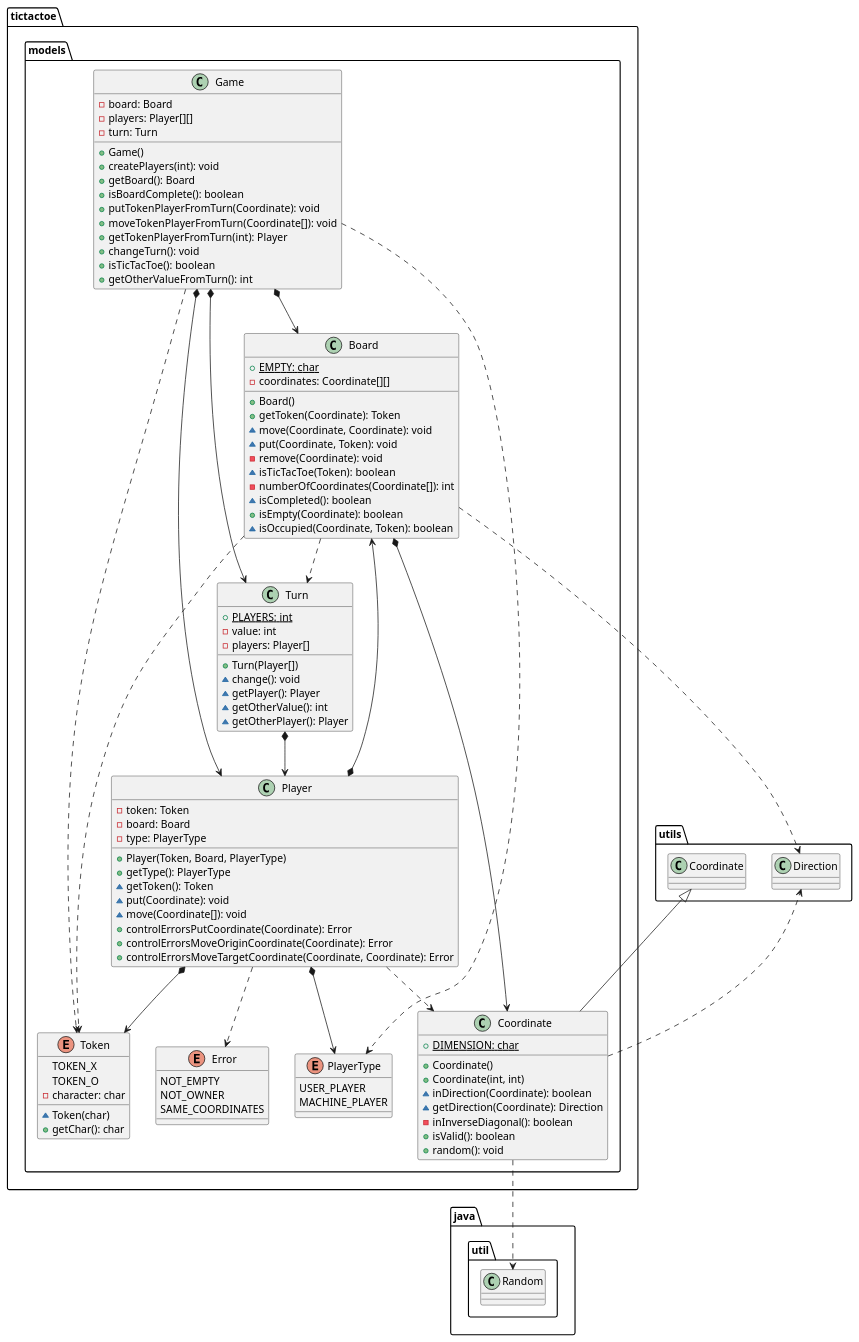
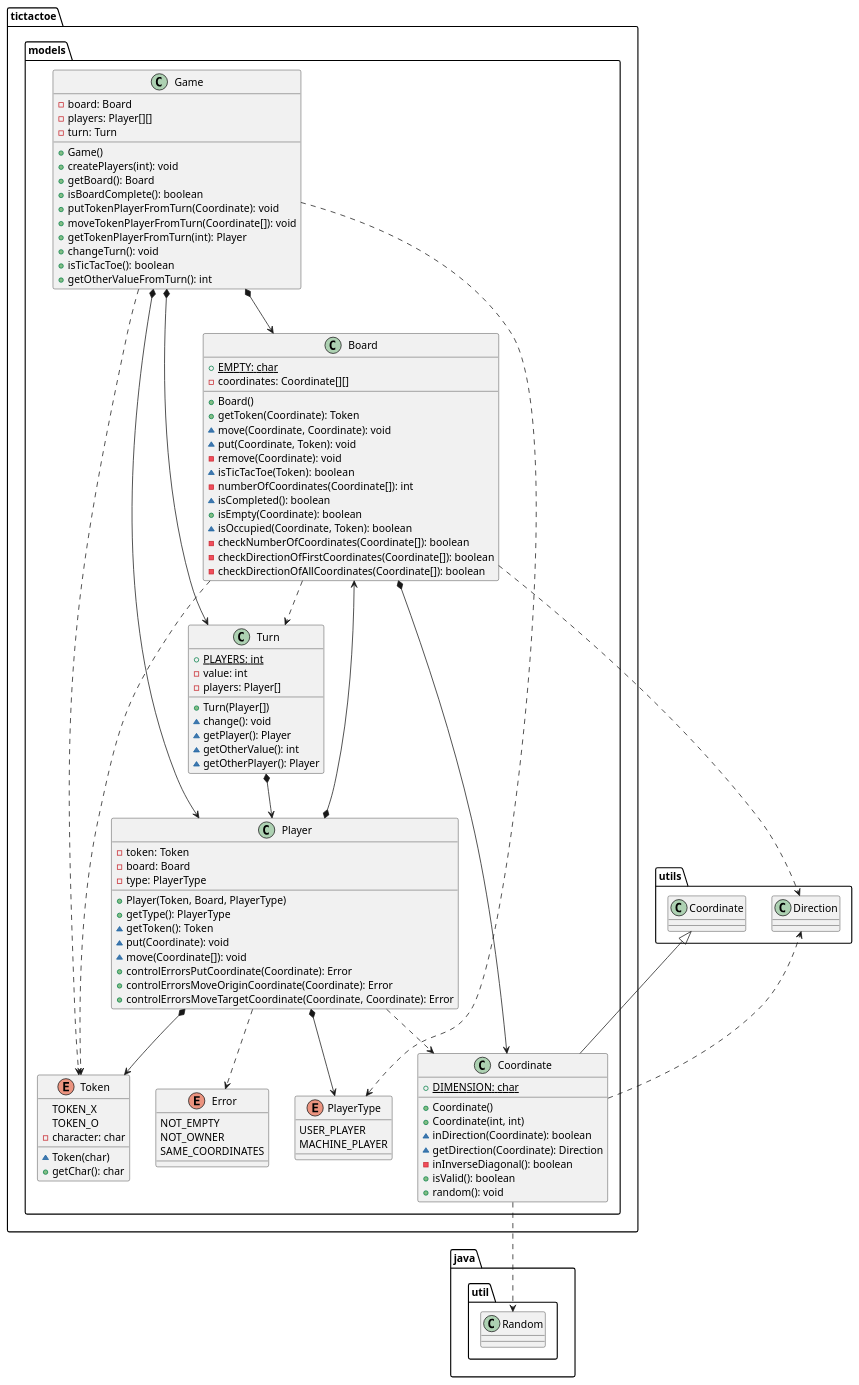
One commit to x-USantaTecla-game-ticTacToe/java changed the third of 5 diagrams in docs/src/docs/asciidoc/index.adoc. Above: the diagram before and after it, drawn with PlantUML. The commit also changed other lines of this file and 7 other files, not shown here.

```diff
--- a/docs/src/docs/asciidoc/index.adoc
+++ b/docs/src/docs/asciidoc/index.adoc
@@ -213,6 +215,9 @@
 ~ isCompleted(): boolean
 + isEmpty(Coordinate): boolean
 ~ isOccupied(Coordinate, Token): boolean
+- checkNumberOfCoordinates(Coordinate[]): boolean
+- checkDirectionOfFirstCoordinates(Coordinate[]): boolean
+- checkDirectionOfAllCoordinates(Coordinate[]): boolean
 }
 tictactoe.models.Board *-down-> tictactoe.models.Coordinate
 tictactoe.models.Board ..> tictactoe.models.Token
```
